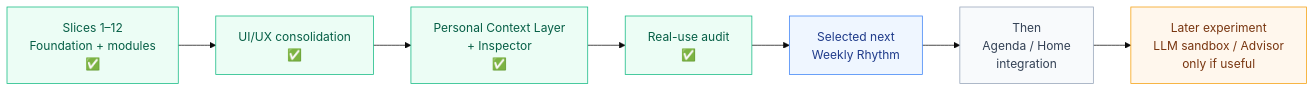
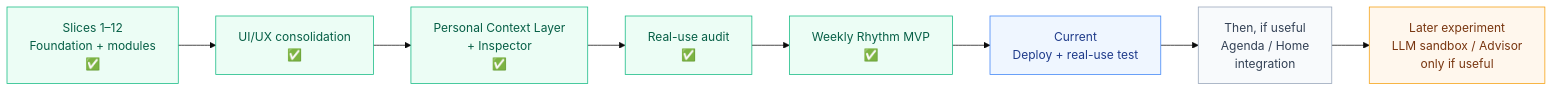
One commit to teravyte18/personal-control-center changed the diagram in docs/roadmap.md. Above: the diagram before and after it, drawn with Mermaid (base theme). The commit also changed other lines of this file, not shown here.

Commit message:
Mark Weekly Rhythm implemented pending test

````diff
--- a/docs/roadmap.md
+++ b/docs/roadmap.md
@@ -15,21 +15,22 @@
 ```mermaid
 graph LR
     S1["Slices 1–12<br/>Foundation + modules<br/>✅"]
     UX["UI/UX consolidation<br/>✅"]
     CTX["Personal Context Layer<br/>+ Inspector<br/>✅"]
     AUDIT["Real-use audit<br/>✅"]
-    RHY["Selected next<br/>Weekly Rhythm"]
-    INT["Then<br/>Agenda / Home<br/>integration"]
+    RHY["Weekly Rhythm MVP<br/>✅"]
+    TEST["Current<br/>Deploy + real-use test"]
+    INT["Then, if useful<br/>Agenda / Home<br/>integration"]
     LAB["Later experiment<br/>LLM sandbox / Advisor<br/>only if useful"]
 
-    S1 --> UX --> CTX --> AUDIT --> RHY --> INT --> LAB
+    S1 --> UX --> CTX --> AUDIT --> RHY --> TEST --> INT --> LAB
 
     classDef done fill:#ecfdf5,stroke:#10b981,color:#065f46;
     classDef selected fill:#eff6ff,stroke:#3b82f6,color:#1e3a8a;
     classDef experimental fill:#fff7ed,stroke:#f59e0b,color:#78350f;
     classDef planned fill:#f8fafc,stroke:#94a3b8,color:#334155;
-    class S1,UX,CTX,AUDIT done;
-    class RHY selected;
+    class S1,UX,CTX,AUDIT,RHY done;
+    class TEST selected;
     class INT planned;
     class LAB experimental;
 ```
````
